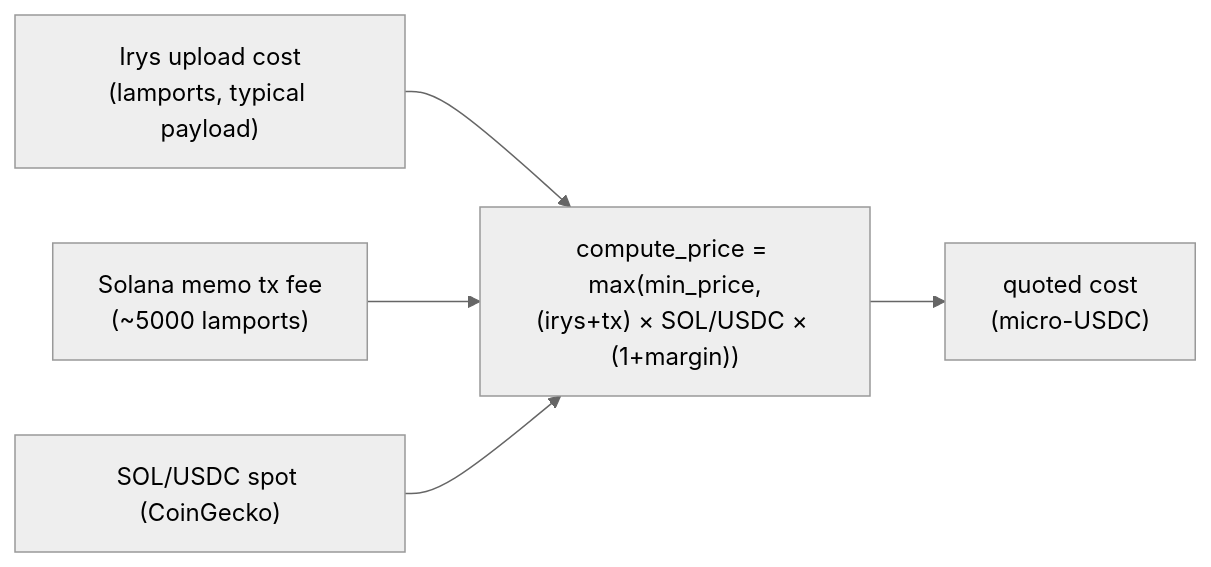
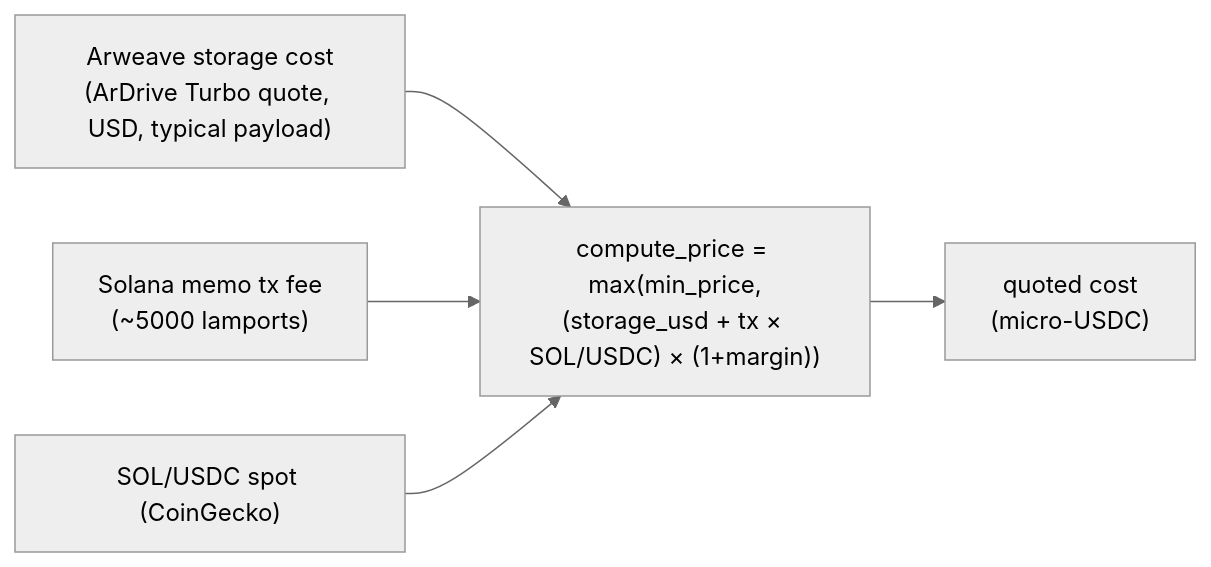
One commit to mnemonik-xyz/monorepo changed the fourth of 5 diagrams in work/payments-robustness/report.md. Above: the diagram before and after it, drawn with Mermaid (neutral theme). The commit also changed other lines of this file and 90 other files, not shown here.

First line of the commit message:
docs: replace Irys with ArDrive Turbo and Arweave gateways

````diff
--- a/work/payments-robustness/report.md
+++ b/work/payments-robustness/report.md
@@ -168,7 +168,7 @@
 ```mermaid
 flowchart LR
-    IR["Irys upload cost<br/>(lamports, typical payload)"] --> P
+    IR["Arweave storage cost<br/>(ArDrive Turbo quote, USD, typical payload)"] --> P
     TX["Solana memo tx fee<br/>(~5000 lamports)"] --> P
     SP["SOL/USDC spot (CoinGecko)"] --> P
-    P["compute_price = max(min_price,<br/>(irys+tx) × SOL/USDC × (1+margin))"] --> Q["quoted cost<br/>(micro-USDC)"]
+    P["compute_price = max(min_price,<br/>(storage_usd + tx × SOL/USDC) × (1+margin))"] --> Q["quoted cost<br/>(micro-USDC)"]
 ```
````
